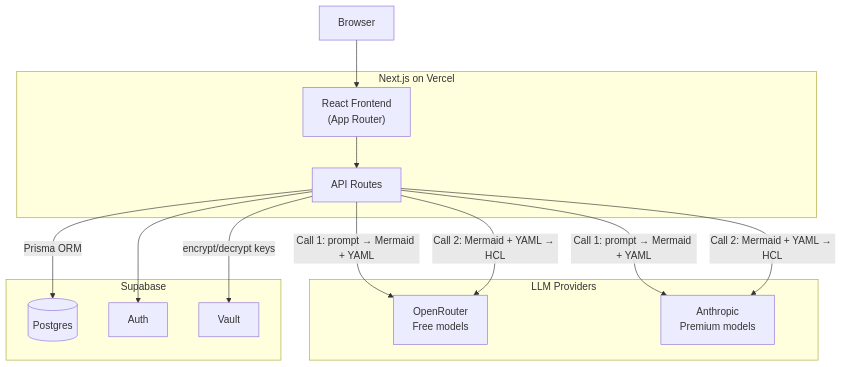
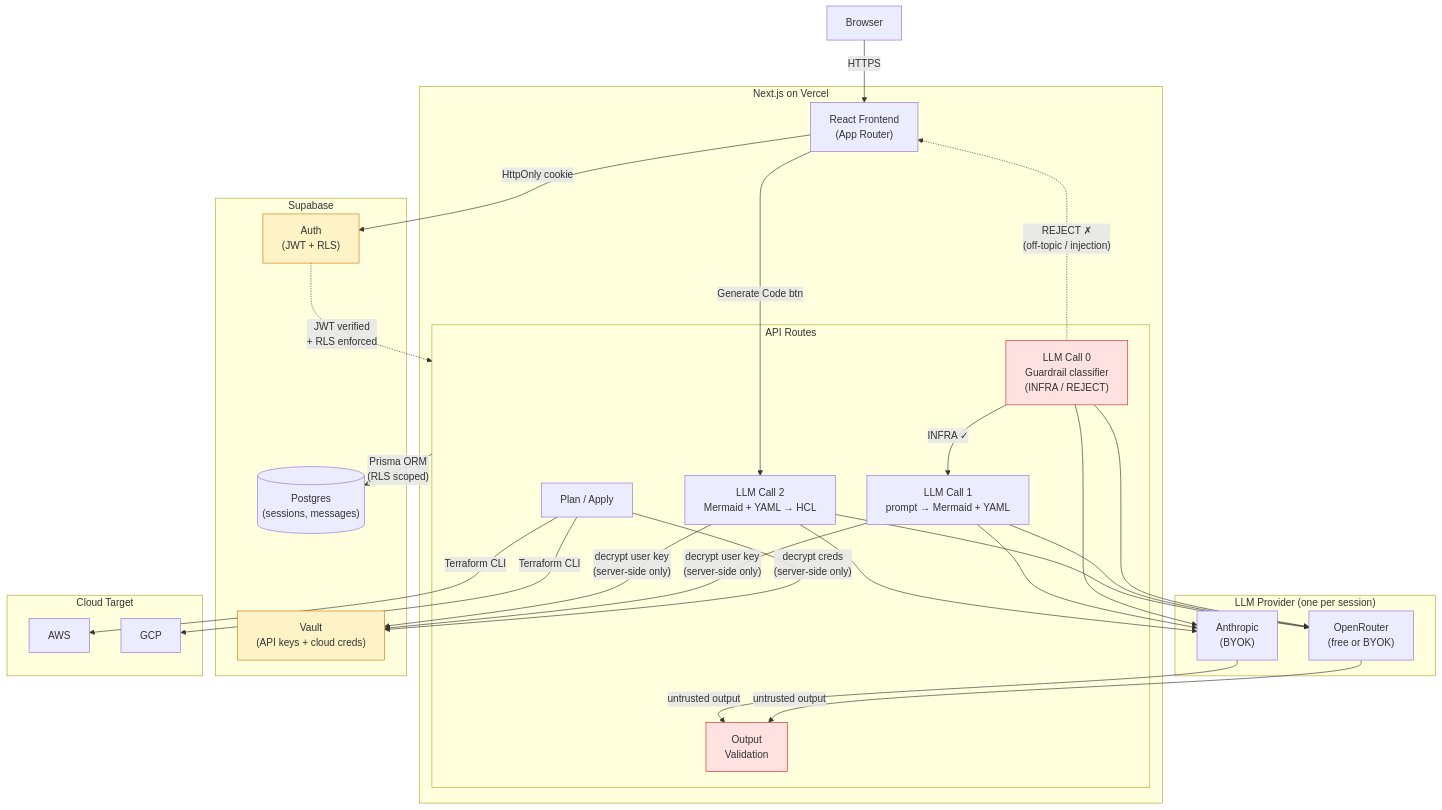
One commit to tttennnnn/conjure changed the diagram in README.md. Above: the diagram before and after it, drawn with Mermaid. The commit also changed other lines of this file and 1 other file, not shown here.

Commit message:
update architecture diagram and docs: 3 LLM calls, security layers, BYOK, current project state

````diff
--- a/README.md
+++ b/README.md
@@ -67,28 +67,52 @@
 ```mermaid
 graph TD
     User[Browser]
 
     subgraph Vercel["Next.js on Vercel"]
         FE["React Frontend\n(App Router)"]
-        API["API Routes"]
+
+        subgraph API["API Routes"]
+            Guardrails["LLM Call 0\nGuardrail classifier\n(INFRA / REJECT)"]
+            Call1["LLM Call 1\nprompt → Mermaid + YAML"]
+            Call2["LLM Call 2\nMermaid + YAML → HCL"]
+            Validate["Output\nValidation"]
+            Deploy["Plan / Apply"]
+        end
     end
 
-    subgraph LLM["LLM Providers"]
-        OR["OpenRouter\nFree models"]
-        Anthropic["Anthropic\nPremium models"]
+    subgraph LLM["LLM Provider (one per session)"]
+        OR["OpenRouter\n(free or BYOK)"]
+        Anthropic["Anthropic\n(BYOK)"]
     end
 
     subgraph SB["Supabase"]
-        DB[("Postgres")]
-        Auth["Auth"]
-        Vault["Vault"]
+        DB[("Postgres\n(sessions, messages)")]
+        Auth["Auth\n(JWT + RLS)"]
+        Vault["Vault\n(API keys + cloud creds)"]
     end
 
-    User --> FE
-    FE --> API
-    API -- "Call 1: prompt → Mermaid + YAML" --> OR & Anthropic
-    API -- "Call 2: Mermaid + YAML → HCL" --> OR & Anthropic
-    API -- "Prisma ORM" --> DB
-    API --> Auth
-    API -- "encrypt/decrypt keys" --> Vault
+    subgraph Cloud["Cloud Target"]
+        AWS["AWS"]
+        GCP["GCP"]
+    end
+
+    User -- "HTTPS" --> FE
+    FE -- "HttpOnly cookie" --> Auth
+    Auth -. "JWT verified\n+ RLS enforced" .-> API
+    Guardrails -- "INFRA ✓" --> Call1
+    Guardrails -. "REJECT ✗\n(off-topic / injection)" .-> FE
+    Guardrails --> OR & Anthropic
+    Call1 --> OR & Anthropic
+    Call2 --> OR & Anthropic
+    OR & Anthropic -- "untrusted output" --> Validate
+    FE -- "Generate Code btn" --> Call2
+    Deploy -- "Terraform CLI" --> AWS & GCP
+    Deploy -- "decrypt creds\n(server-side only)" --> Vault
+    API -- "Prisma ORM\n(RLS scoped)" --> DB
+    Call1 & Call2 -- "decrypt user key\n(server-side only)" --> Vault
+
+    style Auth fill:#fef3c7,stroke:#d97706
+    style Vault fill:#fef3c7,stroke:#d97706
+    style Guardrails fill:#fee2e2,stroke:#dc2626
+    style Validate fill:#fee2e2,stroke:#dc2626
 ```
````
